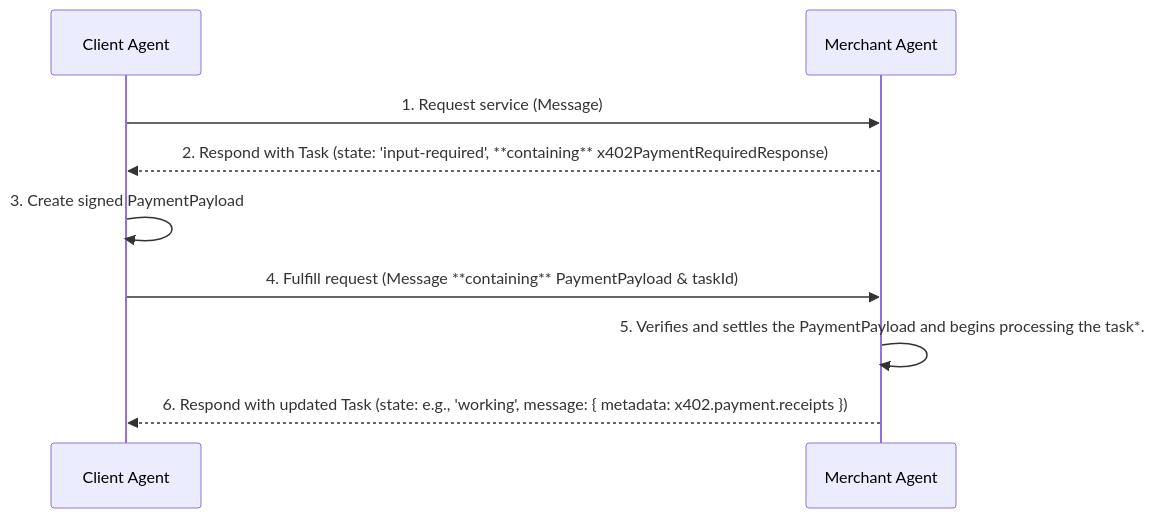
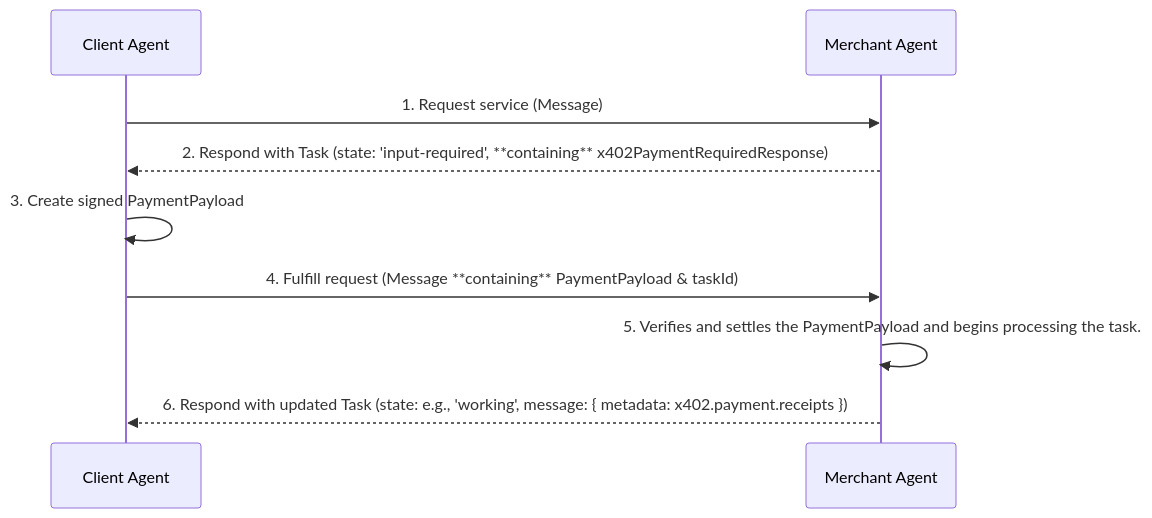
The first of 2 diagrams in spec/v0.2/spec.md (google-agentic-commerce/a2a-x402), drawn with Mermaid before and after one commit.

````diff
--- a/spec/v0.2/spec.md
+++ b/spec/v0.2/spec.md
@@ -146,12 +146,12 @@
 ```mermaid
 sequenceDiagram
     participant Client Agent
     participant Merchant Agent
     Client Agent->>Merchant Agent: 1. Request service (Message)
     Merchant Agent-->>Client Agent: 2. Respond with Task (state: 'input-required', **containing** x402PaymentRequiredResponse)
     Client Agent->>Client Agent: 3. Create signed PaymentPayload
     Client Agent->>Merchant Agent: 4. Fulfill request (Message **containing** PaymentPayload & taskId)
-    Merchant Agent->>Merchant Agent: 5. Verifies and settles the PaymentPayload and begins processing the task*.
+    Merchant Agent->>Merchant Agent: 5. Verifies and settles the PaymentPayload and begins processing the task.
     Merchant Agent-->>Client Agent: 6. Respond with updated Task (state: e.g., 'working', message: { metadata: x402.payment.receipts })
 
 ```
````
